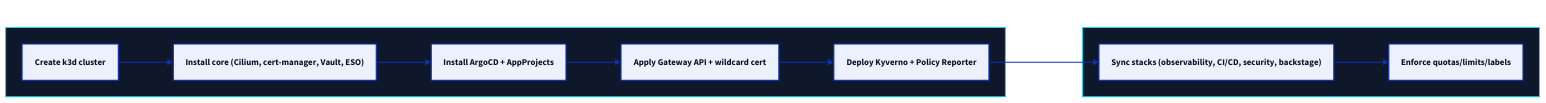
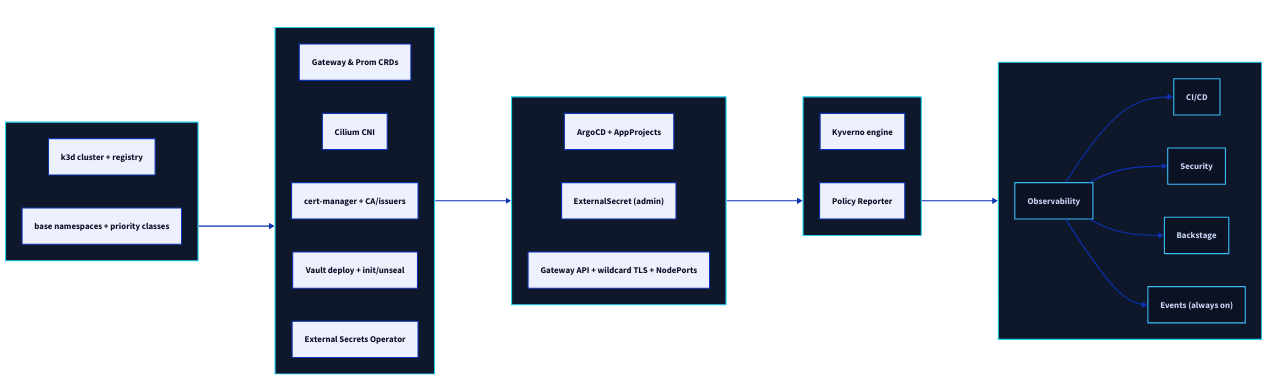
One commit to rou-cru/idp-blueprint changed the diagram in Docs/src/content/docs/getting-started/deployment.mdx. Above: the diagram before and after it, drawn with D2. The commit also changed other lines of this file and 69 other files, not shown here.

````diff
--- a/Docs/src/content/docs/getting-started/deployment.mdx
+++ b/Docs/src/content/docs/getting-started/deployment.mdx
@@ -23,22 +23,52 @@
 ```d2
 direction: right
 
-classes: { step: { style.fill: "#0f172a"; style.font-color: white; style.stroke: "#22d3ee" } }
-
-Bootstrap: {
-  class: step
-  K3d: "Create k3d cluster"
-  Core: "Install core (Cilium, cert-manager, Vault, ESO)"
-  Argo: "Install ArgoCD + AppProjects"
-  Gateway: "Apply Gateway API + wildcard cert"
-  Policies: "Deploy Kyverno + Policy Reporter"
+classes: {
+  phase: { style.fill: "#0f172a"; style.font-color: white; style.stroke: "#22d3ee" }
+  leaf:  { style.fill: "#0b1224"; style.font-color: "#cbd5f5"; style.stroke: "#38bdf8" }
 }
 
-GitOps: {
-  class: step
-  Stacks: "Sync stacks (observability, CI/CD, security, backstage)"
-  Govern: "Enforce quotas/limits/labels"
+"Cluster bootstrap": {
+  class: phase
+  K3d: "k3d cluster + registry"
+  Namespaces: "base namespaces + priority classes"
 }
 
-Bootstrap.K3d -> Bootstrap.Core -> Bootstrap.Argo -> Bootstrap.Gateway -> Bootstrap.Policies -> GitOps.Stacks -> GitOps.Govern
+"Infra boot": {
+  class: phase
+  CRDs: "Gateway & Prom CRDs"
+  Cilium: "Cilium CNI"
+  CertMgr: "cert-manager + CA/issuers"
+  Vault: "Vault deploy + init/unseal"
+  ESO: "External Secrets Operator"
+}
+
+"GitOps & ingress": {
+  class: phase
+  ArgoCD: "ArgoCD + AppProjects"
+  ArgoSecret: "ExternalSecret (admin)"
+  Gateway: "Gateway API + wildcard TLS + NodePorts"
+}
+
+Policies: {
+  class: phase
+  Kyverno: "Kyverno engine"
+  Reporter: "Policy Reporter"
+}
+
+"AppSets fan-out": {
+  class: phase
+  Observability: { class: leaf; label: "Observability" }
+  CICD:          { class: leaf; label: "CI/CD" }
+  Security:      { class: leaf; label: "Security" }
+  Backstage:     { class: leaf; label: "Backstage" }
+  Events:        { class: leaf; label: "Events (always on)" }
+}
+
+"Cluster bootstrap" -> "Infra boot" -> "GitOps & ingress" -> Policies -> "AppSets fan-out"
+
+"AppSets fan-out".Observability -> "AppSets fan-out".CICD
+"AppSets fan-out".Observability -> "AppSets fan-out".Security
+"AppSets fan-out".Observability -> "AppSets fan-out".Backstage
+"AppSets fan-out".Observability -> "AppSets fan-out".Events
 ```
````
